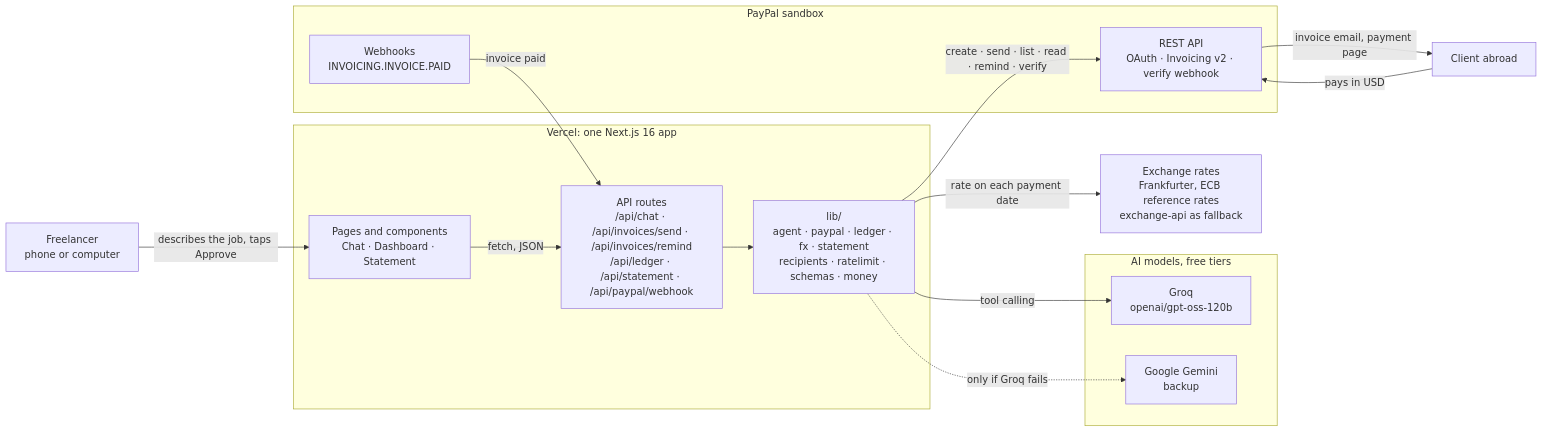
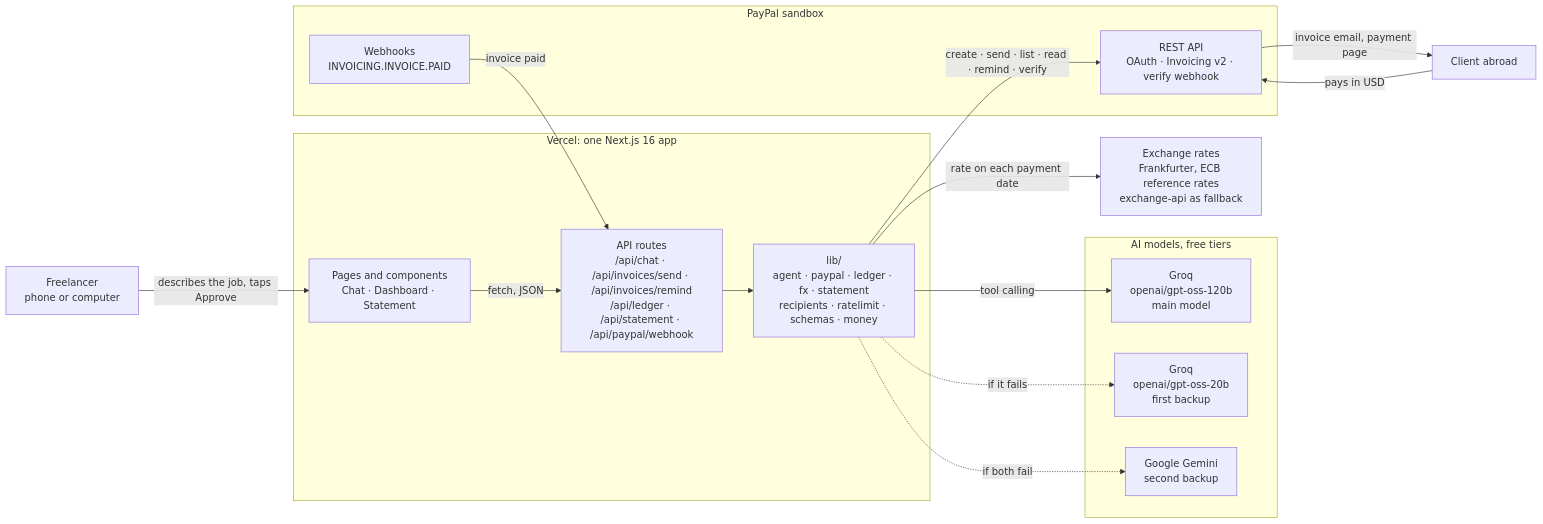
Before and after one commit to lindani11/crossbill-agent: the first of 13 diagrams in docs/ARCHITECTURE.md, drawn with Mermaid. The commit also changed other lines of this file and 4 other files, not shown here.

First line of the commit message:
Add a Groq model to AI fallbacks

````diff
--- a/docs/ARCHITECTURE.md
+++ b/docs/ARCHITECTURE.md
@@ -63,34 +63,36 @@
 ```mermaid
 flowchart LR
   F["Freelancer<br/>phone or computer"]
   K["Client abroad"]
 
   subgraph VERCEL["Vercel: one Next.js 16 app"]
     UI["Pages and components<br/>Chat · Dashboard · Statement"]
     API["API routes<br/>/api/chat · /api/invoices/send · /api/invoices/remind<br/>/api/ledger · /api/statement · /api/paypal/webhook"]
     LIB["lib/<br/>agent · paypal · ledger · fx · statement<br/>recipients · ratelimit · schemas · money"]
   end
 
   subgraph AI["AI models, free tiers"]
-    GQ["Groq<br/>openai/gpt-oss-120b"]
-    GM["Google Gemini<br/>backup"]
+    GQ["Groq<br/>openai/gpt-oss-120b<br/>main model"]
+    GQS["Groq<br/>openai/gpt-oss-20b<br/>first backup"]
+    GM["Google Gemini<br/>second backup"]
   end
 
   subgraph PAYPAL["PayPal sandbox"]
     REST["REST API<br/>OAuth · Invoicing v2 · verify webhook"]
     HOOK["Webhooks<br/>INVOICING.INVOICE.PAID"]
   end
 
   FX["Exchange rates<br/>Frankfurter, ECB reference rates<br/>exchange-api as fallback"]
 
   F -->|"describes the job, taps Approve"| UI
   UI -->|"fetch, JSON"| API
   API --> LIB
   LIB -->|"tool calling"| GQ
-  LIB -.->|"only if Groq fails"| GM
+  LIB -.->|"if it fails"| GQS
+  LIB -.->|"if both fail"| GM
   LIB -->|"create · send · list · read · remind · verify"| REST
   REST -->|"invoice email, payment page"| K
   K -->|"pays in USD"| REST
   HOOK -->|"invoice paid"| API
   LIB -->|"rate on each payment date"| FX
 ```
````
